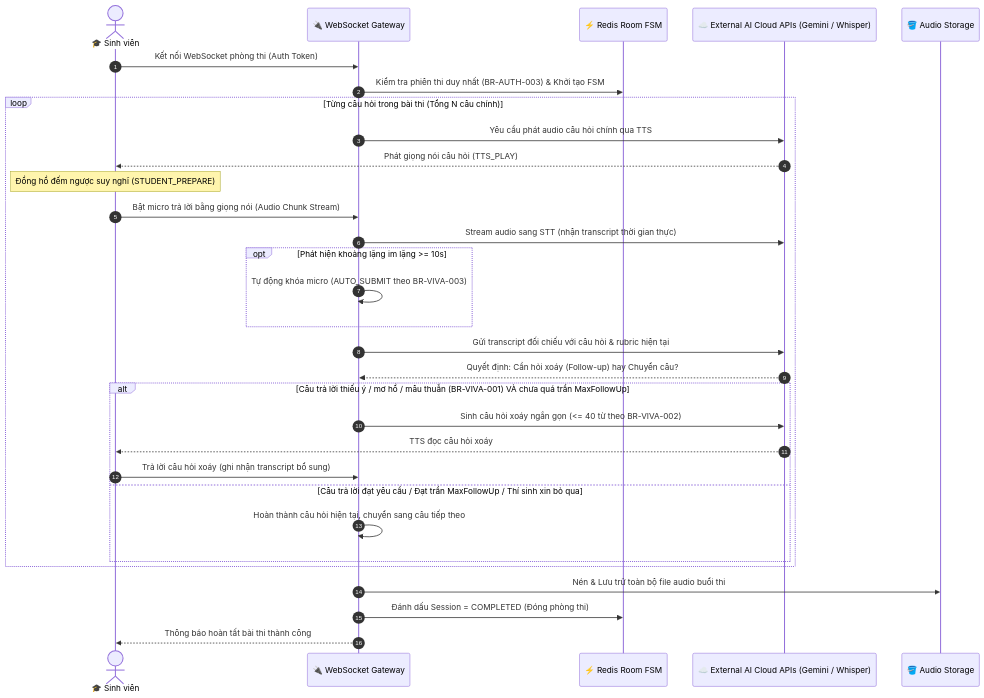
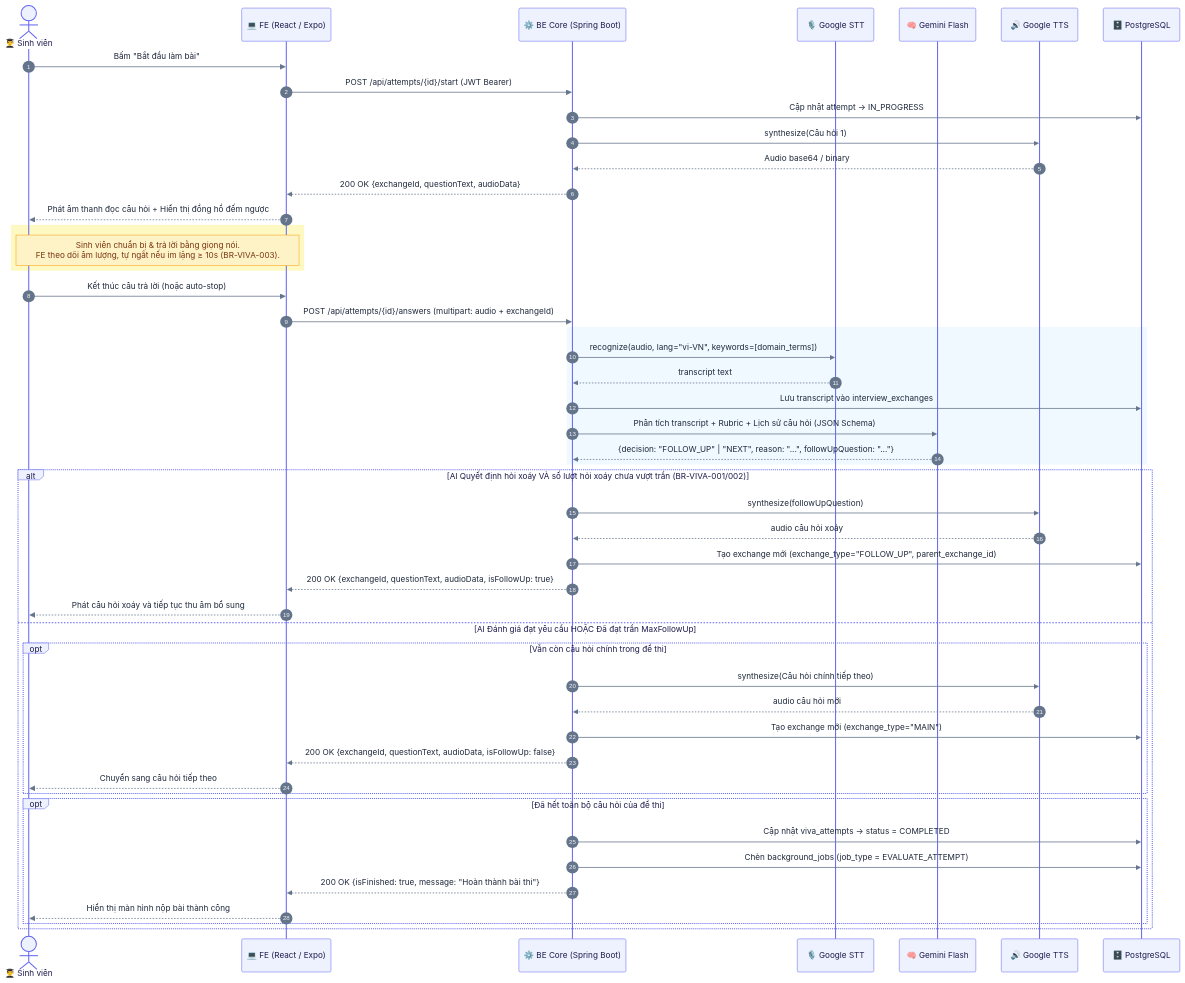
The second of 3 diagrams in document/core-workflows.md (SWD392-Group-4/AI-powered-Viva-Exam-System), drawn with Mermaid before and after one commit. The commit also changed other lines of this file and 9 other files, not shown here.

Commit message:
docs: add system design, architecture, ERDs, and class diagrams

````diff
--- a/document/core-workflows.md
+++ b/document/core-workflows.md
@@ -74,40 +225,72 @@
 ```mermaid
+%%{init: {
+  'theme': 'base',
+  'themeVariables': {
+    'actorBkg': '#EEF2FF',
+    'actorBorder': '#6366F1',
+    'actorTextColor': '#1E1B4B',
+    'signalColor': '#64748B',
+    'signalTextColor': '#1E293B',
+    'noteBkgColor': '#FEF3C7',
+    'noteBorderColor': '#F59E0B',
+    'noteTextColor': '#78350F',
+    'fontFamily': 'Inter, system-ui, sans-serif',
+    'fontSize': '13px'
+  }
+}}%%
+
 sequenceDiagram
     autonumber
-    actor STU as 🎓 Sinh viên
-    participant WS as 🔌 WebSocket Gateway
-    participant FSM as ⚡ Redis Room FSM
-    participant AI as ☁️ External AI Cloud APIs (Gemini / Whisper)
-    participant S3 as 🪣 Audio Storage
+    actor SV as 👨‍🎓 Sinh viên
+    participant FE as 💻 FE (React / Expo)
+    participant BE as ⚙️ BE Core (Spring Boot)
+    participant STT as 🎙️ Google STT
+    participant AI as 🧠 Gemini Flash
+    participant TTS as 🔊 Google TTS
+    participant DB as 🗄️ PostgreSQL
 
-    STU->>WS: Kết nối WebSocket phòng thi (Auth Token)
-    WS->>FSM: Kiểm tra phiên thi duy nhất (BR-AUTH-003) & Khởi tạo FSM
+    SV->>FE: Bấm "Bắt đầu làm bài"
+    FE->>BE: POST /api/attempts/{id}/start (JWT Bearer)
+    BE->>DB: Cập nhật attempt -> IN_PROGRESS
+    BE->>TTS: synthesize(Câu hỏi 1)
+    TTS-->>BE: Audio base64 / binary
+    BE-->>FE: 200 OK {exchangeId, questionText, audioData}
+    FE-->>SV: Phát âm thanh đọc câu hỏi + Hiển thị đồng hồ đếm ngược
+
+    rect rgb(254, 249, 195)
+        Note over SV, FE: Sinh viên chuẩn bị & trả lời bằng giọng nói.<br/>FE theo dõi âm lượng, tự ngắt nếu im lặng ≥ 10s (BR-VIVA-003).
+    end
+
+    SV->>FE: Kết thúc câu trả lời (hoặc auto-stop)
+    FE->>BE: POST /api/attempts/{id}/answers (multipart: audio + exchangeId)
     
-    loop Từng câu hỏi trong bài thi (Tổng N câu chính)
-        WS->>AI: Yêu cầu phát audio câu hỏi chính qua TTS
-        AI-->>STU: Phát giọng nói câu hỏi (TTS_PLAY)
-        Note over STU: Đồng hồ đếm ngược suy nghĩ (STUDENT_PREPARE)
-        
-        STU->>WS: Bật micro trả lời bằng giọng nói (Audio Chunk Stream)
-        WS->>AI: Stream audio sang STT (nhận transcript thời gian thực)
-        
-        opt Phát hiện khoảng lặng im lặng >= 10s
-            WS->>WS: Tự động khóa micro (AUTO_SUBMIT theo BR-VIVA-003)
+    rect rgb(240, 249, 255)
+        BE->>STT: recognize(audio, lang="vi-VN", keywords=[domain_terms])
+        STT-->>BE: transcript text
+        BE->>DB: Lưu transcript vào interview_exchanges
+        BE->>AI: Phân tích transcript + Rubric + Lịch sử câu hỏi (JSON Schema)
+        AI-->>BE: {decision: "FOLLOW_UP" | "NEXT", reason: "...", followUpQuestion: "..."}
+    end
+
+    alt AI Quyết định hỏi xoáy VÀ số lượt hỏi xoáy chưa vượt trần (BR-VIVA-001/002)
+        BE->>TTS: synthesize(followUpQuestion)
+        TTS-->>BE: audio câu hỏi xoáy
+        BE->>DB: Tạo exchange mới (exchange_type="FOLLOW_UP", parent_exchange_id)
+        BE-->>FE: 200 OK {exchangeId, questionText, audioData, isFollowUp: true}
+        FE-->>SV: Phát câu hỏi xoáy và tiếp tục thu âm bổ sung
+    else AI Đánh giá đạt yêu cầu HOẶC Đã đạt trần MaxFollowUp
+        opt Vẫn còn câu hỏi chính trong đề thi
+            BE->>TTS: synthesize(Câu hỏi chính tiếp theo)
+            TTS-->>BE: audio câu hỏi mới
+            BE->>DB: Tạo exchange mới (exchange_type="MAIN")
+            BE-->>FE: 200 OK {exchangeId, questionText, audioData, isFollowUp: false}
+            FE-->>SV: Chuyển sang câu hỏi tiếp theo
         end
-        
-        WS->>AI: Gửi transcript đối chiếu với câu hỏi & rubric hiện tại
-        AI-->>WS: Quyết định: Cần hỏi xoáy (Follow-up) hay Chuyển câu?
-        
-        alt Câu trả lời thiếu ý / mơ hồ / mâu thuẫn (BR-VIVA-001) VÀ chưa quá trần MaxFollowUp
-            WS->>AI: Sinh câu hỏi xoáy ngắn gọn (<= 40 từ theo BR-VIVA-002)
-            AI-->>STU: TTS đọc câu hỏi xoáy
-            STU->>WS: Trả lời câu hỏi xoáy (ghi nhận transcript bổ sung)
-        else Câu trả lời đạt yêu cầu / Đạt trần MaxFollowUp / Thí sinh xin bỏ qua
-            WS->>WS: Hoàn thành câu hỏi hiện tại, chuyển sang câu tiếp theo
+        opt Đã hết toàn bộ câu hỏi của đề thi
+            BE->>DB: Cập nhật viva_attempts -> status = COMPLETED
+            BE->>DB: Chèn background_jobs (job_type = EVALUATE_ATTEMPT)
+            BE-->>FE: 200 OK {isFinished: true, message: "Hoàn thành bài thi"}
+            FE-->>SV: Hiển thị màn hình nộp bài thành công
         end
     end
-    
-    WS->>S3: Nén & Lưu trữ toàn bộ file audio buổi thi
-    WS->>FSM: Đánh dấu Session = COMPLETED (Đóng phòng thi)
-    WS-->>STU: Thông báo hoàn tất bài thi thành công
 ```
````
